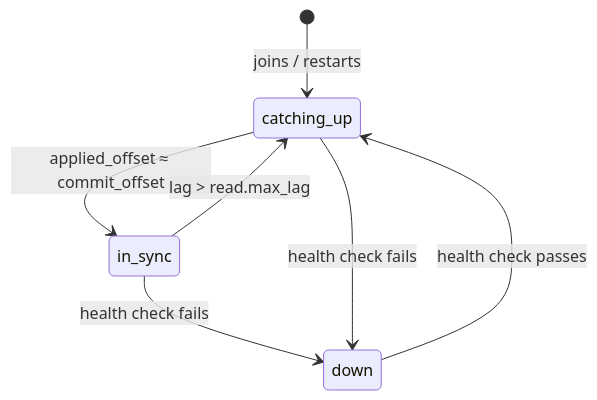
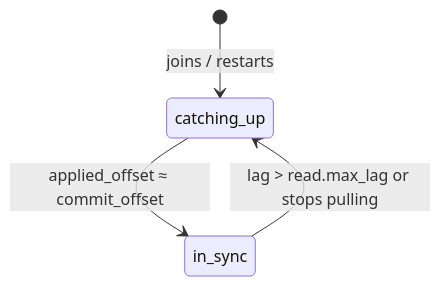
Before and after one commit to melonlorrd/hearth: the fifth of 7 diagrams in docs/design.md, drawn with Mermaid. The commit also changed other lines of this file and 8 other files, not shown here.

````diff
--- a/docs/design.md
+++ b/docs/design.md
@@ -187,9 +252,6 @@
 ```mermaid
 stateDiagram-v2
     [*] --> catching_up: joins / restarts
     catching_up --> in_sync: applied_offset ≈ commit_offset
-    in_sync --> catching_up: lag > read.max_lag
-    in_sync --> down: health check fails
-    catching_up --> down: health check fails
-    down --> catching_up: health check passes
+    in_sync --> catching_up: lag > read.max_lag or stops pulling
 ```
````
